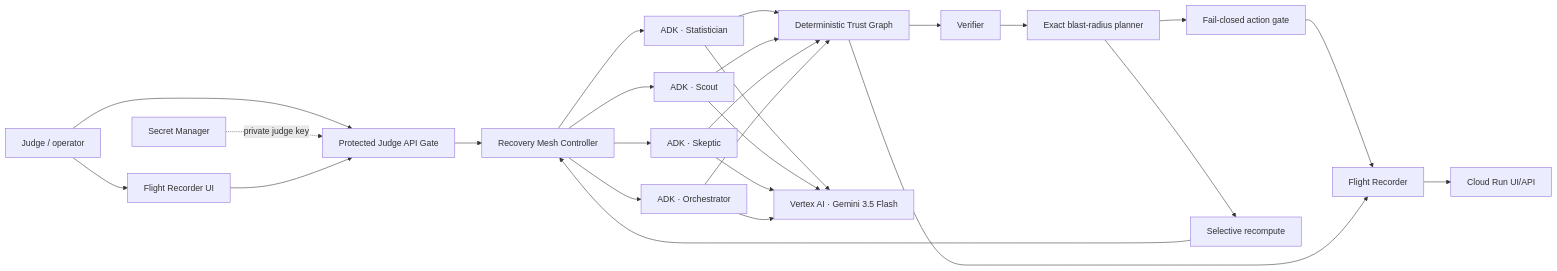
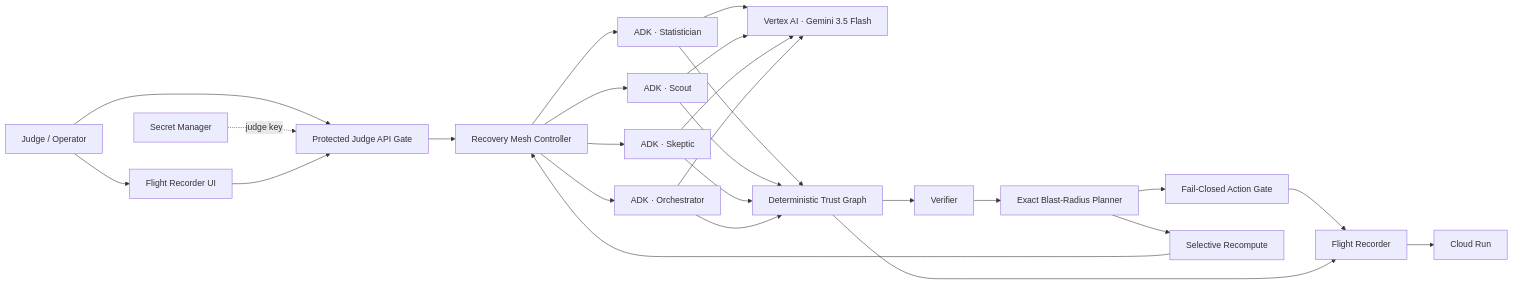
The diagram in README.md (evidencebound/evidencebound-recovery-mesh), drawn with Mermaid before and after one commit. The commit also changed other lines of this file, not shown here.

Commit message:
docs: publish production judge receipt in README

````diff
--- a/README.md
+++ b/README.md
@@ -48,28 +74,31 @@
 ```mermaid
 flowchart LR
-  U[Judge / operator] --> UI[Flight Recorder UI]
-  U --> K[Protected Judge API Gate]
-  SM[Secret Manager] -. private judge key .-> K
+  J[Judge / Operator] --> UI[Flight Recorder UI]
+  J --> K[Protected Judge API Gate]
+  SM[Secret Manager] -. judge key .-> K
   UI --> K
   K --> M[Recovery Mesh Controller]
+
   M --> A1[ADK · Statistician]
   M --> A2[ADK · Scout]
   M --> A3[ADK · Skeptic]
   M --> A4[ADK · Orchestrator]
+
+  A1 --> VX[Vertex AI · Gemini 3.5 Flash]
+  A2 --> VX
+  A3 --> VX
+  A4 --> VX
+
   A1 --> G[Deterministic Trust Graph]
   A2 --> G
   A3 --> G
   A4 --> G
   G --> V[Verifier]
-  V --> B[Exact blast-radius planner]
-  B --> X[Fail-closed action gate]
-  B --> R[Selective recompute]
+  V --> B[Exact Blast-Radius Planner]
+  B --> X[Fail-Closed Action Gate]
+  B --> R[Selective Recompute]
   R --> M
   X --> F[Flight Recorder]
   G --> F
-  F --> C[Cloud Run UI/API]
-  A1 --> VX[Vertex AI · Gemini 3.5 Flash]
-  A2 --> VX
-  A3 --> VX
-  A4 --> VX
+  F --> CR[Cloud Run]
 ```
````
